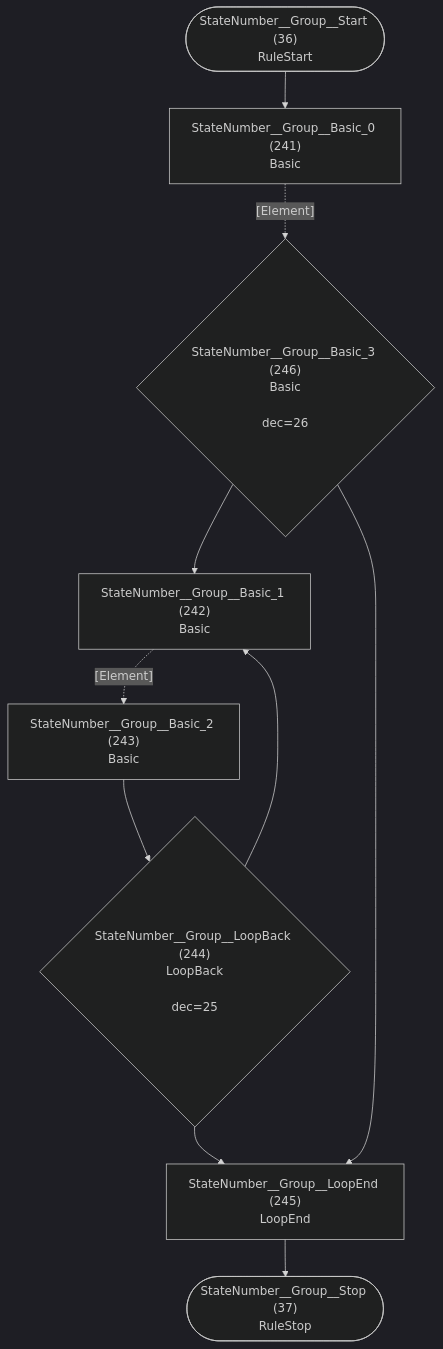
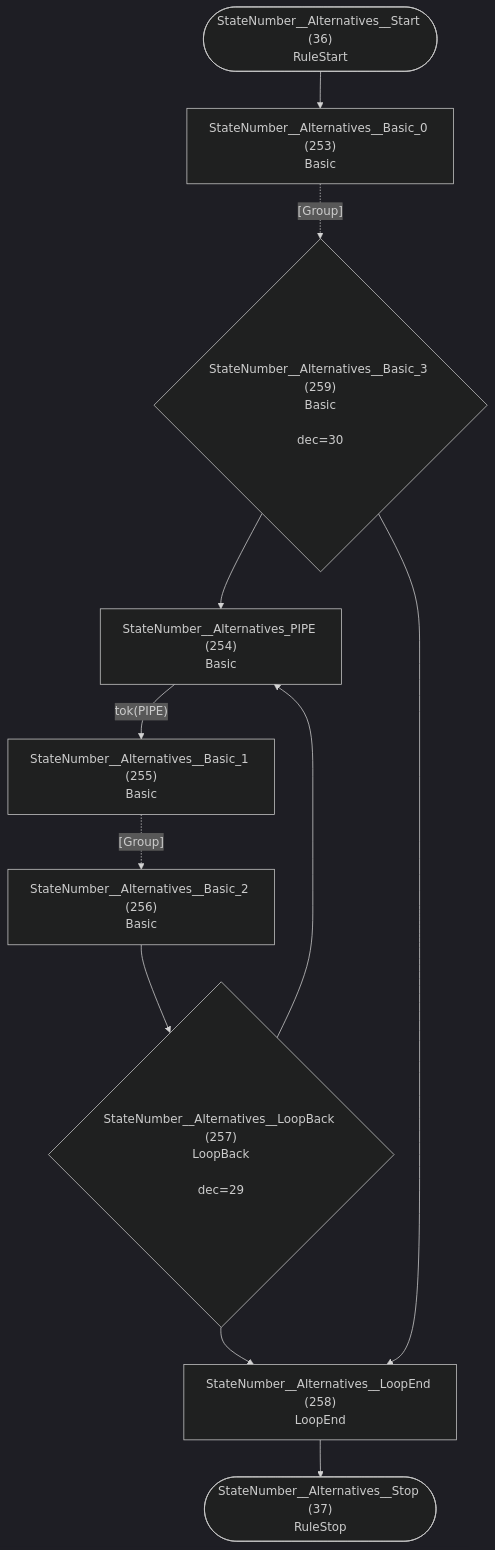
One commit to TypeFox/fastbelt changed diagram 19 of 33 in internal/grammar/atn.md. Above: the diagram before and after it, drawn with Mermaid (dark theme). The commit also changed other lines of this file and 6 other files, not shown here.

````diff
--- a/internal/grammar/atn.md
+++ b/internal/grammar/atn.md
@@ -574,21 +598,23 @@
 ```mermaid
 flowchart TD
-    q36(["StateNumber__Group__Start (36)<br/>RuleStart"])
-    q37(["StateNumber__Group__Stop (37)<br/>RuleStop"])
-    q241["StateNumber__Group__Basic_0 (241)<br/>Basic<br/>"]
-    q242["StateNumber__Group__Basic_1 (242)<br/>Basic<br/>"]
-    q243["StateNumber__Group__Basic_2 (243)<br/>Basic<br/>"]
-    q244{"StateNumber__Group__LoopBack (244)<br/>LoopBack<br/><br/>dec=25"}
-    q245["StateNumber__Group__LoopEnd (245)<br/>LoopEnd<br/>"]
-    q246{"StateNumber__Group__Basic_3 (246)<br/>Basic<br/><br/>dec=26"}
+    q36(["StateNumber__Alternatives__Start (36)<br/>RuleStart"])
+    q37(["StateNumber__Alternatives__Stop (37)<br/>RuleStop"])
+    q253["StateNumber__Alternatives__Basic_0 (253)<br/>Basic<br/>"]
+    q254["StateNumber__Alternatives_PIPE (254)<br/>Basic<br/>"]
+    q255["StateNumber__Alternatives__Basic_1 (255)<br/>Basic<br/>"]
+    q256["StateNumber__Alternatives__Basic_2 (256)<br/>Basic<br/>"]
+    q257{"StateNumber__Alternatives__LoopBack (257)<br/>LoopBack<br/><br/>dec=29"}
+    q258["StateNumber__Alternatives__LoopEnd (258)<br/>LoopEnd<br/>"]
+    q259{"StateNumber__Alternatives__Basic_3 (259)<br/>Basic<br/><br/>dec=30"}
 
-    q36 --> q241
-    q241 -.->|"[Element]"| q246
-    q242 -.->|"[Element]"| q243
-    q243 --> q244
-    q244 --> q242
-    q244 --> q245
-    q245 --> q37
-    q246 --> q242
-    q246 --> q245
+    q36 --> q253
+    q253 -.->|"[Group]"| q259
+    q254 -->|"tok(PIPE)"| q255
+    q255 -.->|"[Group]"| q256
+    q256 --> q257
+    q257 --> q254
+    q257 --> q258
+    q258 --> q37
+    q259 --> q254
+    q259 --> q258
 ```
````
